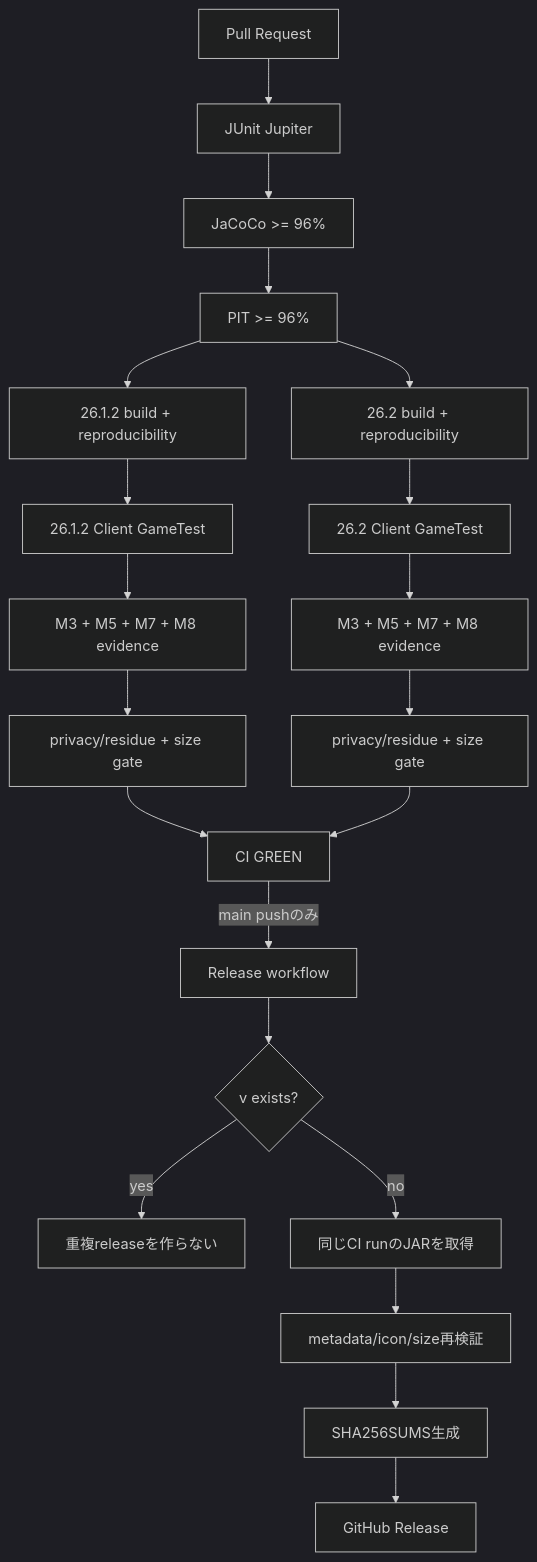
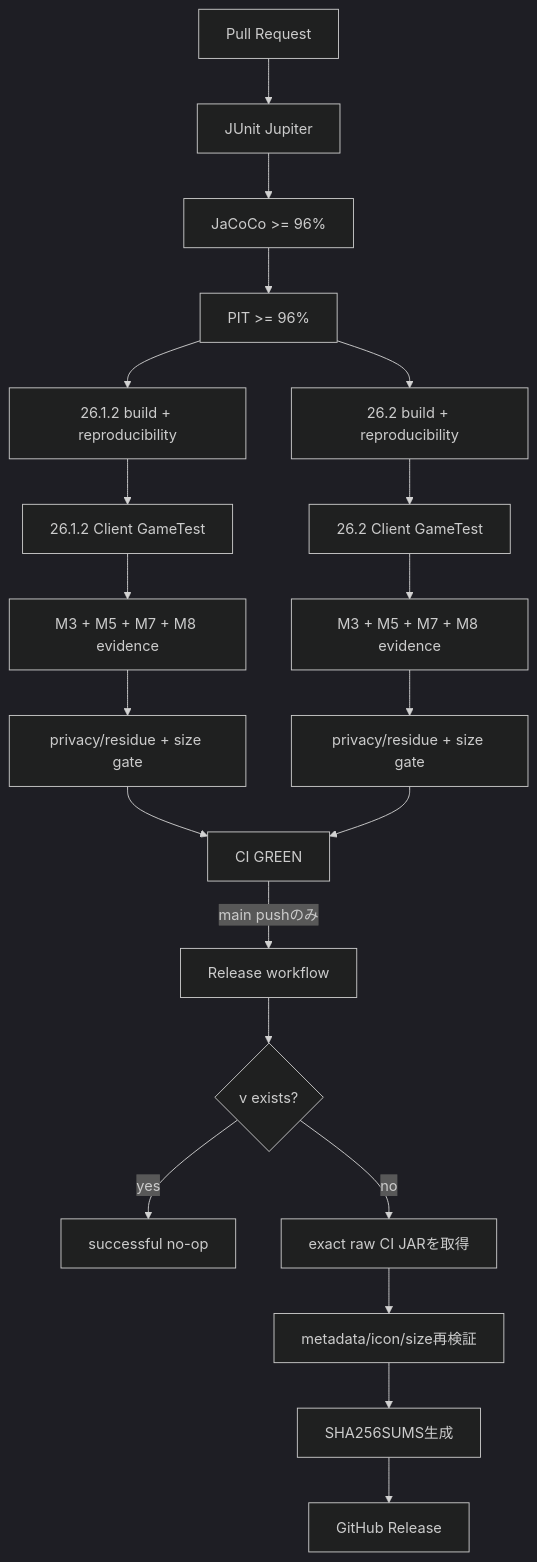
Before and after one commit to bosatsu25/BlockLens: the third of 4 diagrams in README_ja.md, drawn with Mermaid (dark theme). The commit also changed other lines of this file, not shown here.

````diff
--- a/README_ja.md
+++ b/README_ja.md
@@ -113,23 +137,23 @@
 ```mermaid
 flowchart TD
     PR[Pull Request] --> U[JUnit Jupiter]
     U --> J[JaCoCo >= 96%]
     J --> P[PIT >= 96%]
     P --> B1[26.1.2 build + reproducibility]
     P --> B2[26.2 build + reproducibility]
     B1 --> G1[26.1.2 Client GameTest]
     B2 --> G2[26.2 Client GameTest]
     G1 --> E1[M3 + M5 + M7 + M8 evidence]
     G2 --> E2[M3 + M5 + M7 + M8 evidence]
     E1 --> A1[privacy/residue + size gate]
     E2 --> A2[privacy/residue + size gate]
     A1 --> GREEN[CI GREEN]
     A2 --> GREEN
     GREEN -->|main pushのみ| REL[Release workflow]
     REL --> VER{v<mod_version> exists?}
-    VER -- yes --> STOP[重複releaseを作らない]
-    VER -- no --> DL[同じCI runのJARを取得]
-    DL --> RV[metadata/icon/size再検証]
+    VER -- yes --> STOP[successful no-op]
+    VER -- no --> RAW[exact raw CI JARを取得]
+    RAW --> RV[metadata/icon/size再検証]
     RV --> SHA[SHA256SUMS生成]
     SHA --> PUB[GitHub Release]
 ```
````
